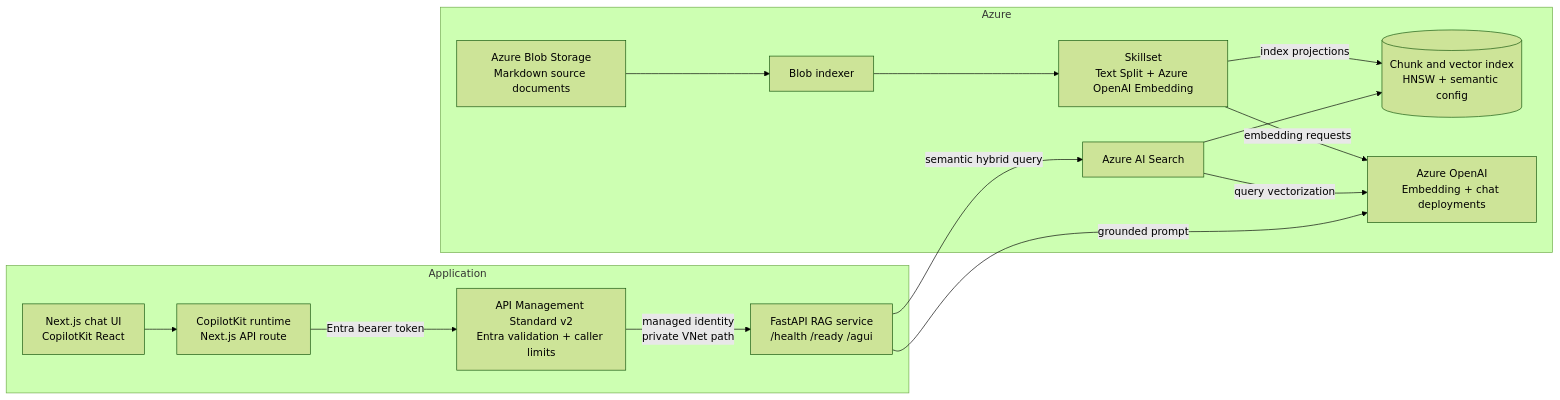
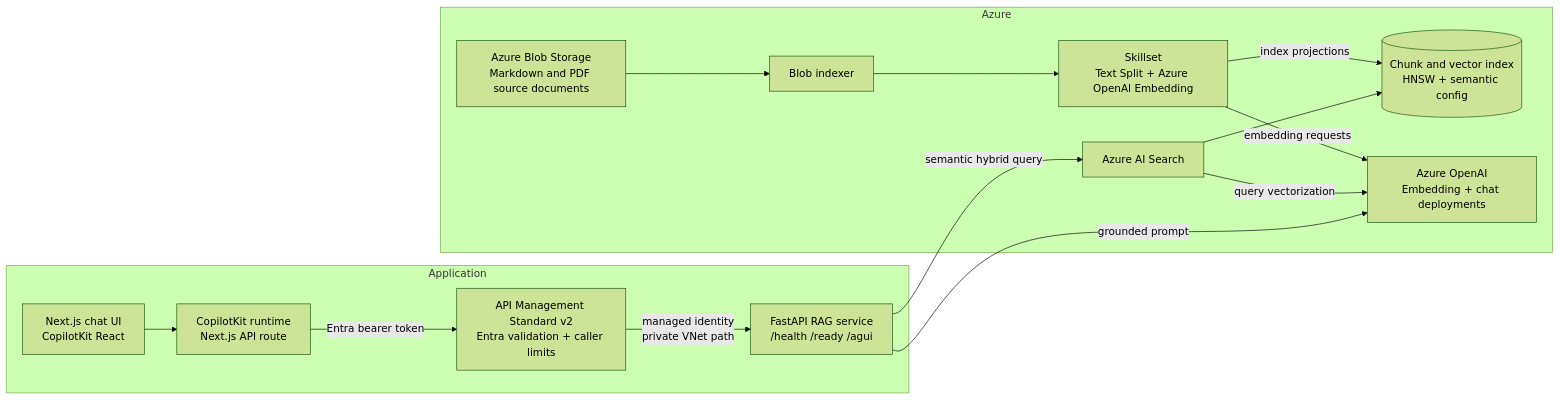
One commit to KostasCherv/azure-rag-system changed the first of 3 diagrams in README.md. Above: the diagram before and after it, drawn with Mermaid (forest theme). The commit also changed other lines of this file and 13 other files, not shown here.

````diff
--- a/README.md
+++ b/README.md
@@ -9,30 +9,30 @@
 ```mermaid
 flowchart LR
     subgraph Azure[Azure]
-        Blob[Azure Blob Storage<br/>Markdown source documents]
+        Blob[Azure Blob Storage<br/>Markdown and PDF source documents]
         Search[Azure AI Search]
         Indexer[Blob indexer]
         Skills[Skillset<br/>Text Split + Azure OpenAI Embedding]
         Index[(Chunk and vector index<br/>HNSW + semantic config)]
         AOAI[Azure OpenAI<br/>Embedding + chat deployments]
     end
 
     subgraph App[Application]
         APIM[API Management Standard v2<br/>Entra validation + caller limits]
         API[FastAPI RAG service<br/>/health /ready /agui]
         Runtime[CopilotKit runtime<br/>Next.js API route]
         UI[Next.js chat UI<br/>CopilotKit React]
     end
 
     Blob --> Indexer
     Indexer --> Skills
     Skills -->|embedding requests| AOAI
     Skills -->|index projections| Index
     API -->|semantic hybrid query| Search
     Search --> Index
     Search -->|query vectorization| AOAI
     API -->|grounded prompt| AOAI
     UI --> Runtime
     Runtime -->|Entra bearer token| APIM
     APIM -->|managed identity<br/>private VNet path| API
 ```
````
